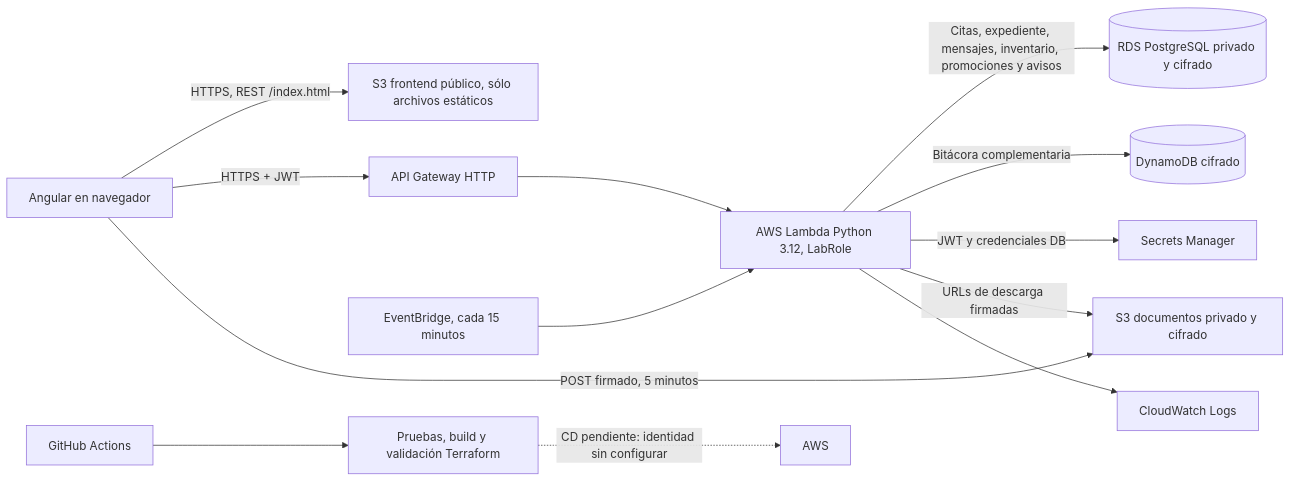
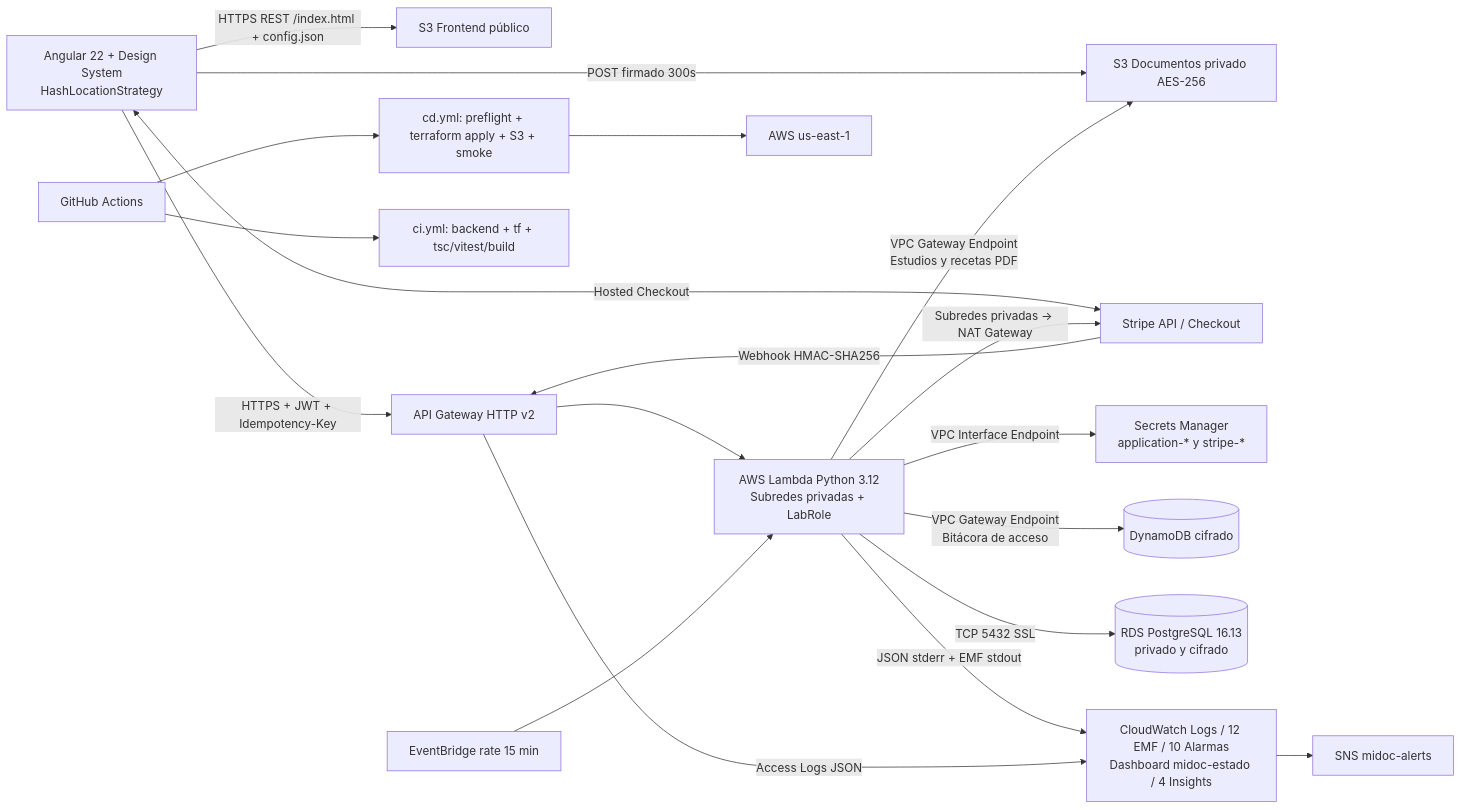
One commit to EmmanuelPulidoTinajero/MiDoc changed the diagram in docs/ARCHITECTURE.md. Above: the diagram before and after it, drawn with Mermaid. The commit also changed other lines of this file and 12 other files, not shown here.

First line of the commit message:
docs: cierre fase 3, observabilidad y CI/CD con GitHub Actions

````diff
--- a/docs/ARCHITECTURE.md
+++ b/docs/ARCHITECTURE.md
@@ -3,15 +3,25 @@
 ```mermaid
 flowchart LR
-  Browser[Angular en navegador] -->|HTTPS, REST /index.html| Front[S3 frontend público, sólo archivos estáticos]
-  Browser -->|HTTPS + JWT| API[API Gateway HTTP]
-  API --> Lambda[AWS Lambda Python 3.12, LabRole]
-  Lambda -->|Citas, expediente, mensajes, inventario, promociones y avisos| RDS[(RDS PostgreSQL privado y cifrado)]
-  Lambda -->|Bitácora complementaria| Dynamo[(DynamoDB cifrado)]
-  Lambda -->|JWT y credenciales DB| Secrets[Secrets Manager]
-  Browser -->|POST firmado, 5 minutos| Docs[S3 documentos privado y cifrado]
-  Lambda -->|URLs de descarga firmadas| Docs
-  EB[EventBridge, cada 15 minutos] --> Lambda
-  Lambda --> CW[CloudWatch Logs]
-  GH[GitHub Actions] --> CI[Pruebas, build y validación Terraform]
-  CI -. CD pendiente: identidad sin configurar .-> AWS[AWS]
+  Browser[Angular 22 + Design System\nHashLocationStrategy] -->|HTTPS REST /index.html + config.json| Front[S3 Frontend público]
+  Browser -->|HTTPS + JWT + Idempotency-Key| API[API Gateway HTTP v2]
+  Browser -->|POST firmado 300s| Docs[S3 Documentos privado AES-256]
+  Browser <-->|Hosted Checkout| Stripe[Stripe API / Checkout]
+
+  API --> Lambda[AWS Lambda Python 3.12\nSubredes privadas + LabRole]
+  Stripe -->|Webhook HMAC-SHA256| API
+
+  Lambda -->|VPC Interface Endpoint| Secrets[Secrets Manager\napplication-* y stripe-*]
+  Lambda -->|VPC Gateway Endpoint\nEstudios y recetas PDF| Docs
+  Lambda -->|VPC Gateway Endpoint\nBitácora de acceso| Dynamo[(DynamoDB cifrado)]
+  Lambda -->|TCP 5432 SSL| RDS[(RDS PostgreSQL 16.13\nprivado y cifrado)]
+  Lambda -->|Subredes privadas -> NAT Gateway| Stripe
+
+  EB[EventBridge rate 15 min] --> Lambda
+  Lambda -->|JSON stderr + EMF stdout| CW[CloudWatch Logs / 12 EMF / 10 Alarmas\nDashboard midoc-estado / 4 Insights]
+  API -->|Access Logs JSON| CW
+  CW --> SNS[SNS midoc-alerts]
+
+  GH[GitHub Actions] --> CI[ci.yml: backend + tf + tsc/vitest/build]
+  GH --> CD[cd.yml: preflight + terraform apply + S3 + smoke]
+  CD --> AWS[AWS us-east-1]
 ```
````
